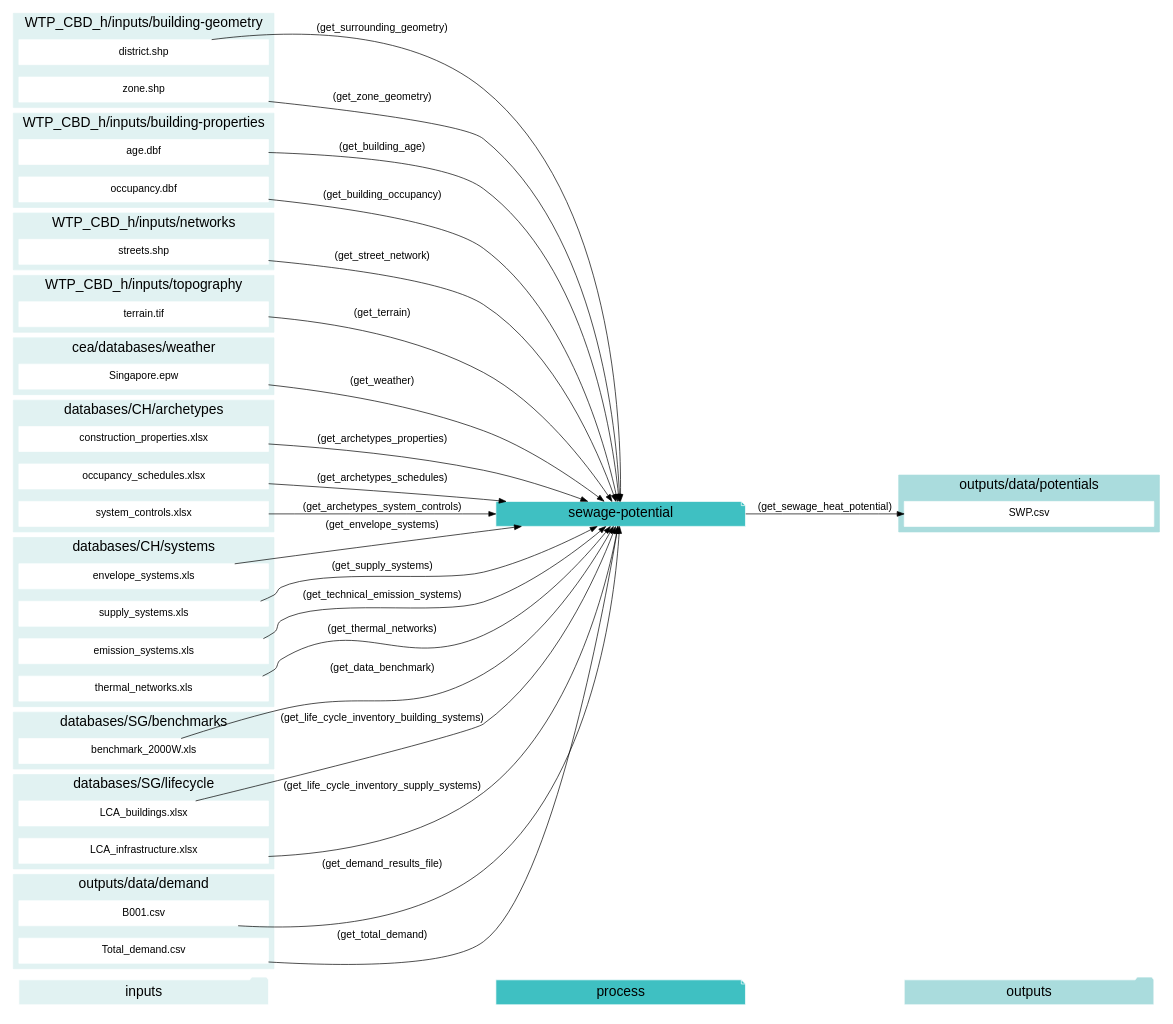
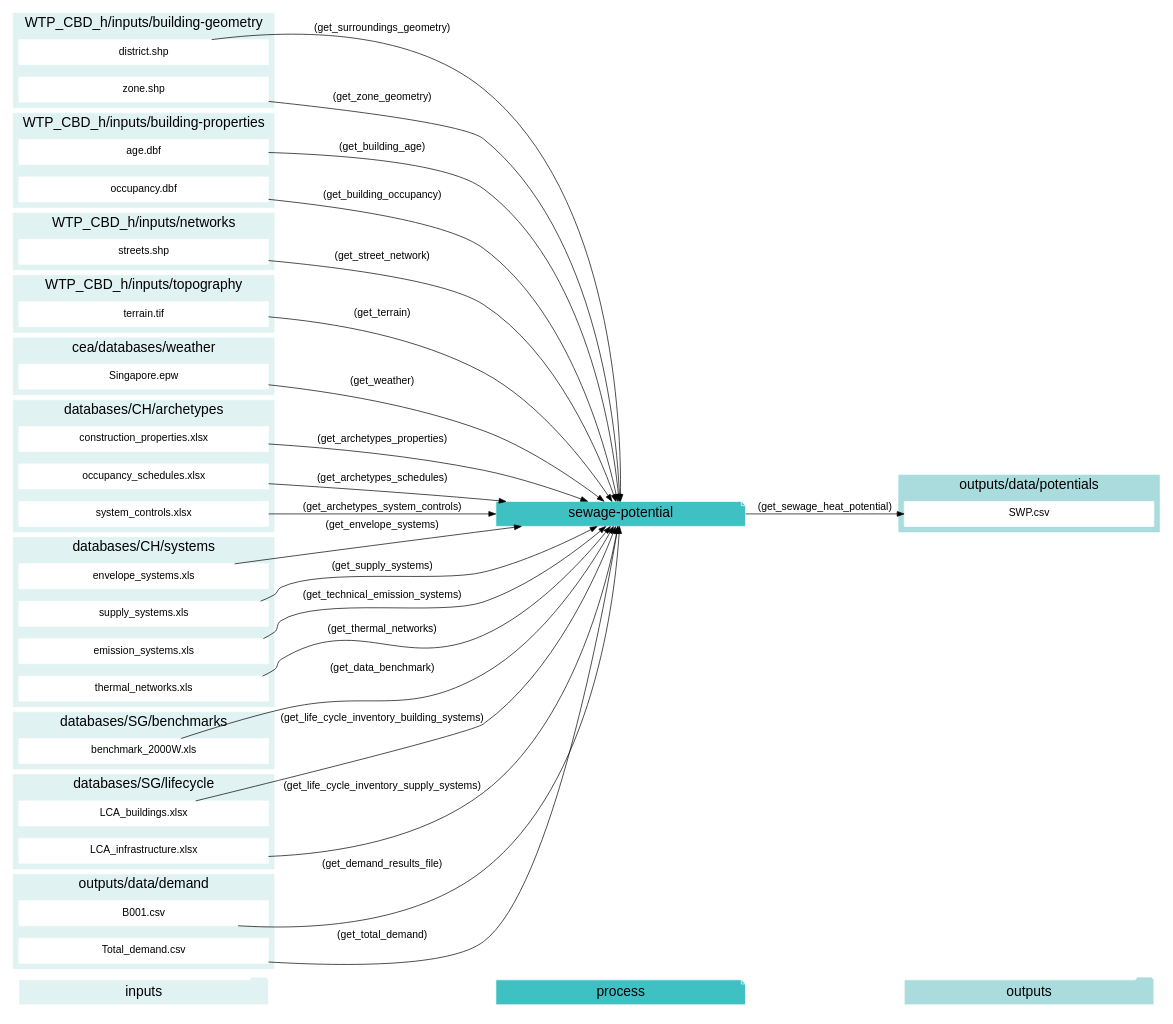
Before and after one commit to architecture-building-systems/CityEnergyAnalyst: the first of 12 diagrams in docs/script-data-flow.rst, drawn with Graphviz. The commit also changed other lines of this file and 15 other files, not shown here.

Commit message:
rename get_surrounding_geometry to get_surroungs_geometry

```diff
--- a/docs/script-data-flow.rst
+++ b/docs/script-data-flow.rst
@@ -132,7 +132,7 @@
     "occupancy.dbf" -> "sewage-potential"[label="(get_building_occupancy)"]
     "benchmark_2000W.xls" -> "sewage-potential"[label="(get_data_benchmark)"]
     "B001.csv" -> "sewage-potential"[label="(get_demand_results_file)"]
-    "district.shp" -> "sewage-potential"[label="(get_surrounding_geometry)"]
+    "district.shp" -> "sewage-potential"[label="(get_surroundings_geometry)"]
     "envelope_systems.xls" -> "sewage-potential"[label="(get_envelope_systems)"]
     "LCA_buildings.xlsx" -> "sewage-potential"[label="(get_life_cycle_inventory_building_systems)"]
     "LCA_infrastructure.xlsx" -> "sewage-potential"[label="(get_life_cycle_inventory_supply_systems)"]
```
